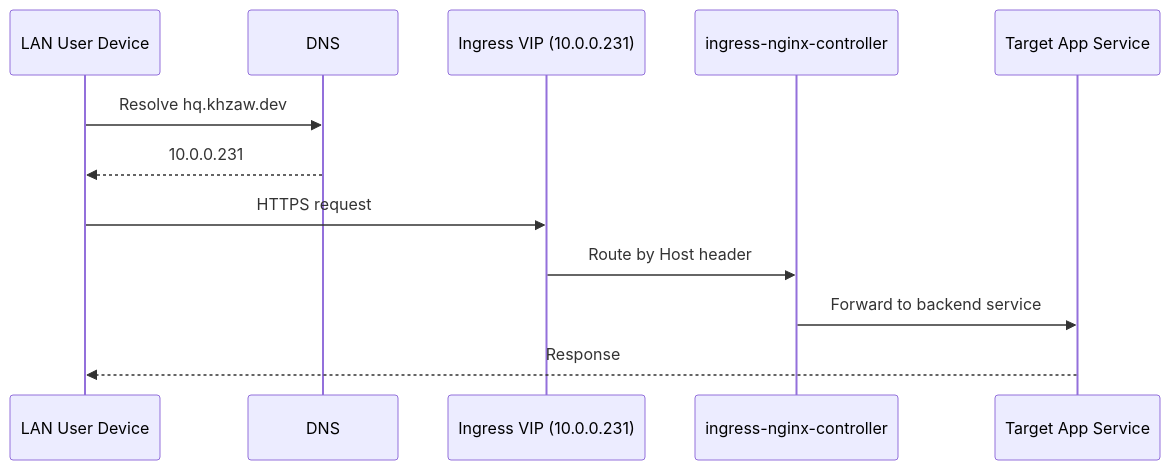
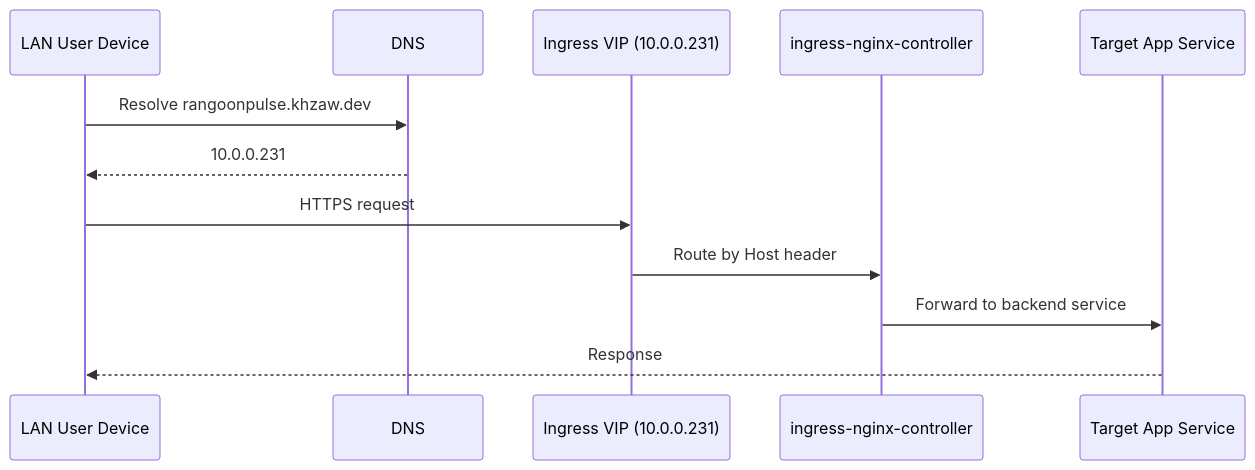
Before and after one commit to khzaw/rangoonpulse: the first of 3 diagrams in docs/networking-current-state-and-simplification.md, drawn with Mermaid. The commit also changed other lines of this file and 7 other files, not shown here.

````diff
--- a/docs/networking-current-state-and-simplification.md
+++ b/docs/networking-current-state-and-simplification.md
@@ -68,15 +68,15 @@
 ```mermaid
 sequenceDiagram
     participant U as LAN User Device
     participant D as DNS
     participant I as Ingress VIP (10.0.0.231)
     participant N as ingress-nginx-controller
     participant A as Target App Service
 
-    U->>D: Resolve hq.khzaw.dev
+    U->>D: Resolve rangoonpulse.khzaw.dev
     D-->>U: 10.0.0.231
     U->>I: HTTPS request
     I->>N: Route by Host header
     N->>A: Forward to backend service
     A-->>U: Response
 ```
````
